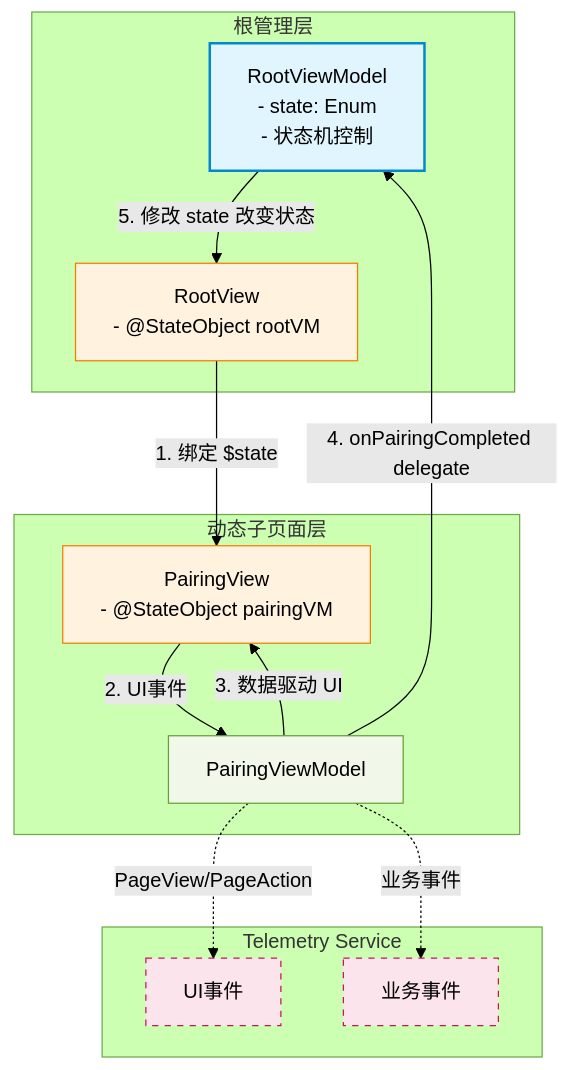
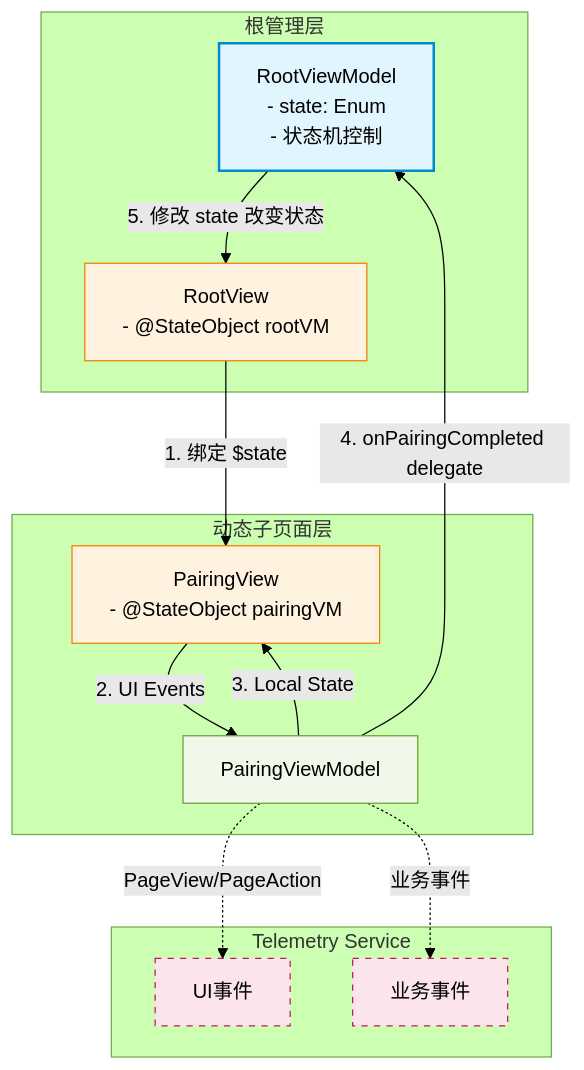
Before and after one commit to ws2356/image-search: the diagram in mobile/ios/AGENTS.md, drawn with Mermaid (forest theme).

Commit message:
[feat] doc

````diff
--- a/mobile/ios/AGENTS.md
+++ b/mobile/ios/AGENTS.md
@@ -10,38 +10,38 @@
 ```mermaid
 flowchart TD
     %% 样式定义
     classDef root fill:#e1f5fe,stroke:#0288d1,stroke-width:2px;
     classDef view fill:#fff3e0,stroke:#f57c00,stroke-width:1px;
     classDef vm fill:#f1f8e9,stroke:#689f38,stroke-width:1px;
     classDef telemetry fill:#fce4ec,stroke:#c2185b,stroke-width:1px,stroke-dasharray: 5 5;
 
     %% 根层级
     subgraph Root_Layer [根管理层]
         RVM[RootViewModel\n- state: Enum\n- 状态机控制]:::root
         RV[RootView\n- @StateObject rootVM]:::view
     end
 
     %% 子页面层级
     subgraph Sub_Layer [动态子页面层]
         PV[PairingView\n- @StateObject pairingVM]:::view
         PVM[PairingViewModel]:::vm
     end
 
     %% 埋点分流展示
     subgraph Telemetry_Layer [Telemetry Service]
         T_Click[UI事件]:::telemetry
         T_Funnel[业务事件]:::telemetry
     end
 
     %% 关系连线
     RV -->|1. 绑定 $state| PV
-    PV -->|2. UI事件| PVM
+    PV -->|2. UI Events | PVM
     
-    PVM -->|3. 数据驱动 UI| PV
+    PVM -->|3. Local State | PV
     PVM -->|4. onPairingCompleted delegate| RVM
     RVM -->|5. 修改 state 改变状态| RV
 
     %% 埋点映射
     PVM -.->|PageView/PageAction| T_Click
     PVM -.->|业务事件| T_Funnel
 ```
````
